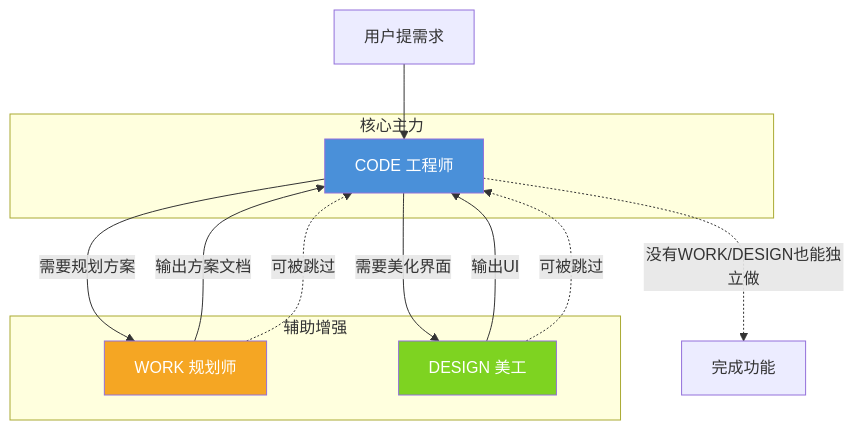
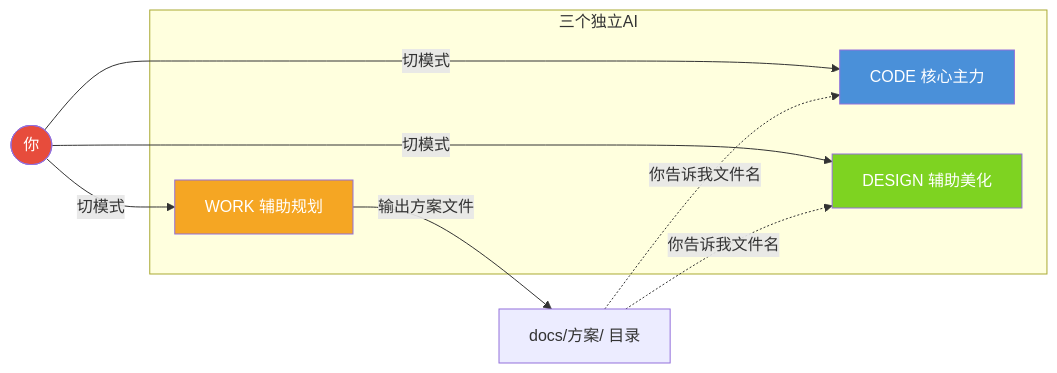
Before and after one commit to LAOYE1988/novel: the second of 5 diagrams in .trae/rules/脑图.md, drawn with Mermaid. The commit also changed other lines of this file and 1 other file, not shown here.

Commit message:
修正顶层规则和脑图——三模式独立、文件传递信息 (2026-06-25 22:41)

````diff
--- a/.trae/rules/脑图.md
+++ b/.trae/rules/脑图.md
@@ -51,26 +56,21 @@
 ```mermaid
-flowchart TD
-    User[用户提需求] --> CODE
-
-    subgraph 核心主力
-        CODE[CODE 工程师]
+flowchart LR
+    subgraph 三个独立AI
+        WORK[WORK 辅助规划]
+        CODE[CODE 核心主力]
+        DESIGN[DESIGN 辅助美化]
     end
 
-    subgraph 辅助增强
-        WORK[WORK 规划师]
-        DESIGN[DESIGN 美工]
-    end
+    User([你]) -->|切模式| WORK
+    User -->|切模式| CODE
+    User -->|切模式| DESIGN
 
-    CODE -->|需要规划方案| WORK
-    CODE -->|需要美化界面| DESIGN
-    WORK -->|输出方案文档| CODE
-    DESIGN -->|输出UI| CODE
+    WORK -->|输出方案文件| File[docs/方案/ 目录]
+    File -.->|你告诉我文件名| CODE
+    File -.->|你告诉我文件名| DESIGN
 
-    CODE -.->|没有WORK/DESIGN也能独立做| Finish[完成功能]
-    WORK -.->|可被跳过| CODE
-    DESIGN -.->|可被跳过| CODE
-
+    style WORK fill:#f5a623,color:#fff
     style CODE fill:#4a90d9,color:#fff
-    style WORK fill:#f5a623,color:#fff
     style DESIGN fill:#7ed321,color:#fff
+    style User fill:#e74c3c,color:#fff
 ```
````
